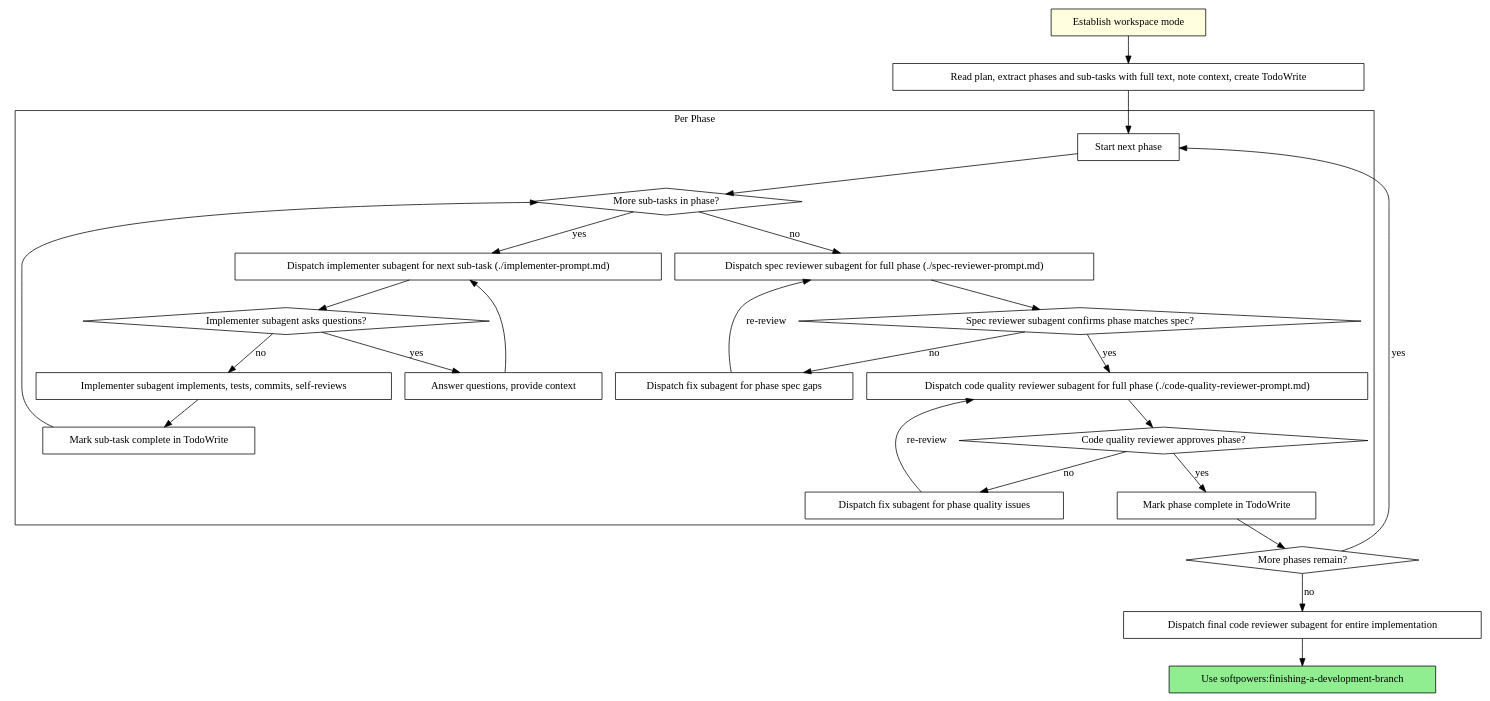
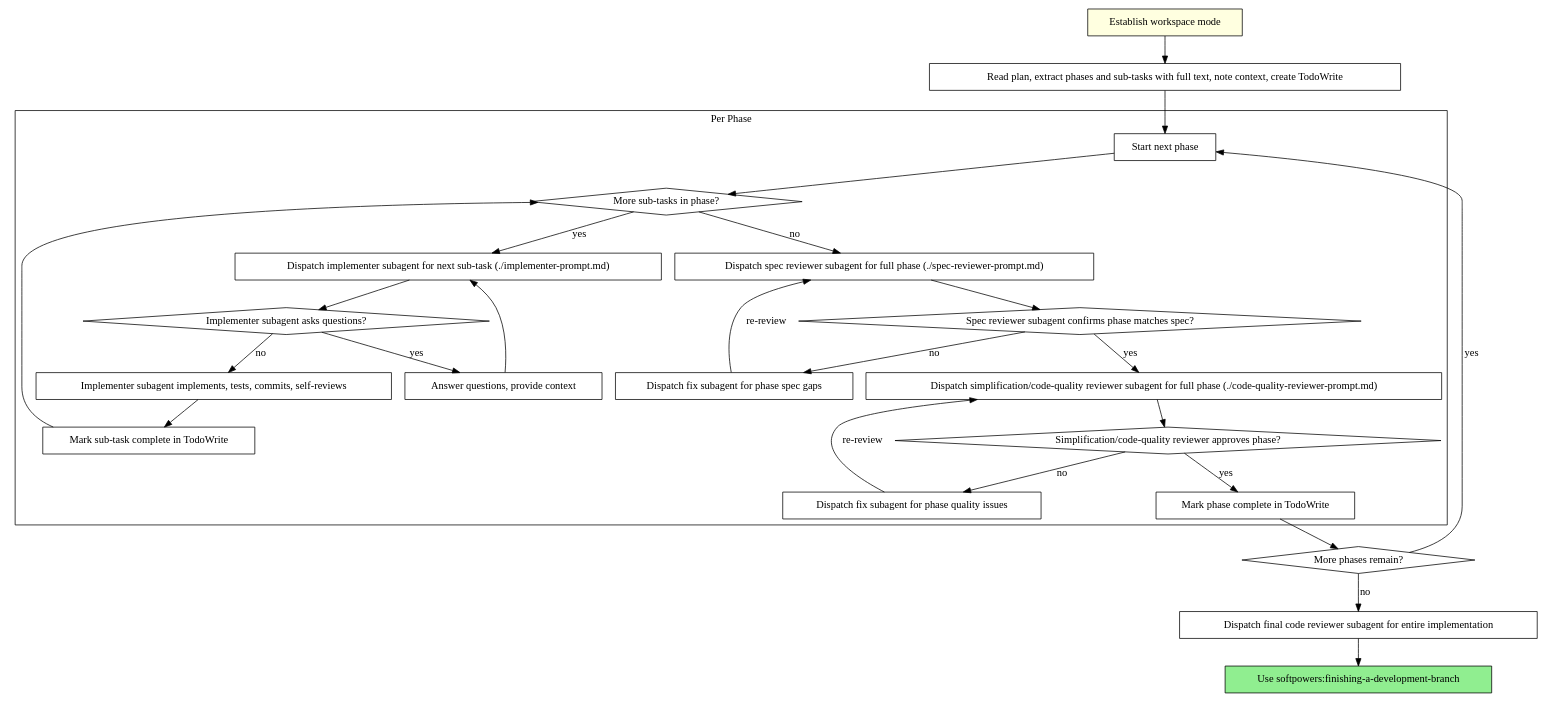
One commit to bnema/softpowers changed the second of 2 diagrams in skills/subagent-driven-development/SKILL.md. Above: the diagram before and after it, drawn with Graphviz. The commit also changed other lines of this file and 6 other files, not shown here.

Commit message:
Integrate simplification review into workflow gates

````diff
--- a/skills/subagent-driven-development/SKILL.md
+++ b/skills/subagent-driven-development/SKILL.md
@@ -45,53 +45,53 @@
 ```dot
 digraph process {
     rankdir=TB;
 
     subgraph cluster_phase {
         label="Per Phase";
         "Start next phase" [shape=box];
         "More sub-tasks in phase?" [shape=diamond];
         "Dispatch implementer subagent for next sub-task (./implementer-prompt.md)" [shape=box];
         "Implementer subagent asks questions?" [shape=diamond];
         "Answer questions, provide context" [shape=box];
         "Implementer subagent implements, tests, commits, self-reviews" [shape=box];
         "Mark sub-task complete in TodoWrite" [shape=box];
         "Dispatch spec reviewer subagent for full phase (./spec-reviewer-prompt.md)" [shape=box];
         "Spec reviewer subagent confirms phase matches spec?" [shape=diamond];
         "Dispatch fix subagent for phase spec gaps" [shape=box];
-        "Dispatch code quality reviewer subagent for full phase (./code-quality-reviewer-prompt.md)" [shape=box];
-        "Code quality reviewer approves phase?" [shape=diamond];
+        "Dispatch simplification/code-quality reviewer subagent for full phase (./code-quality-reviewer-prompt.md)" [shape=box];
+        "Simplification/code-quality reviewer approves phase?" [shape=diamond];
         "Dispatch fix subagent for phase quality issues" [shape=box];
         "Mark phase complete in TodoWrite" [shape=box];
     }
 
     "Establish workspace mode" [shape=box style=filled fillcolor=lightyellow];
     "Read plan, extract phases and sub-tasks with full text, note context, create TodoWrite" [shape=box];
     "More phases remain?" [shape=diamond];
     "Dispatch final code reviewer subagent for entire implementation" [shape=box];
     "Use softpowers:finishing-a-development-branch" [shape=box style=filled fillcolor=lightgreen];
 
     "Establish workspace mode" -> "Read plan, extract phases and sub-tasks with full text, note context, create TodoWrite";
     "Read plan, extract phases and sub-tasks with full text, note context, create TodoWrite" -> "Start next phase";
     "Start next phase" -> "More sub-tasks in phase?";
     "More sub-tasks in phase?" -> "Dispatch implementer subagent for next sub-task (./implementer-prompt.md)" [label="yes"];
     "Dispatch implementer subagent for next sub-task (./implementer-prompt.md)" -> "Implementer subagent asks questions?";
     "Implementer subagent asks questions?" -> "Answer questions, provide context" [label="yes"];
     "Answer questions, provide context" -> "Dispatch implementer subagent for next sub-task (./implementer-prompt.md)";
     "Implementer subagent asks questions?" -> "Implementer subagent implements, tests, commits, self-reviews" [label="no"];
     "Implementer subagent implements, tests, commits, self-reviews" -> "Mark sub-task complete in TodoWrite";
     "Mark sub-task complete in TodoWrite" -> "More sub-tasks in phase?";
     "More sub-tasks in phase?" -> "Dispatch spec reviewer subagent for full phase (./spec-reviewer-prompt.md)" [label="no"];
     "Dispatch spec reviewer subagent for full phase (./spec-reviewer-prompt.md)" -> "Spec reviewer subagent confirms phase matches spec?";
     "Spec reviewer subagent confirms phase matches spec?" -> "Dispatch fix subagent for phase spec gaps" [label="no"];
     "Dispatch fix subagent for phase spec gaps" -> "Dispatch spec reviewer subagent for full phase (./spec-reviewer-prompt.md)" [label="re-review"];
-    "Spec reviewer subagent confirms phase matches spec?" -> "Dispatch code quality reviewer subagent for full phase (./code-quality-reviewer-prompt.md)" [label="yes"];
-    "Dispatch code quality reviewer subagent for full phase (./code-quality-reviewer-prompt.md)" -> "Code quality reviewer approves phase?";
-    "Code quality reviewer approves phase?" -> "Dispatch fix subagent for phase quality issues" [label="no"];
-    "Dispatch fix subagent for phase quality issues" -> "Dispatch code quality reviewer subagent for full phase (./code-quality-reviewer-prompt.md)" [label="re-review"];
-    "Code quality reviewer approves phase?" -> "Mark phase complete in TodoWrite" [label="yes"];
+    "Spec reviewer subagent confirms phase matches spec?" -> "Dispatch simplification/code-quality reviewer subagent for full phase (./code-quality-reviewer-prompt.md)" [label="yes"];
+    "Dispatch simplification/code-quality reviewer subagent for full phase (./code-quality-reviewer-prompt.md)" -> "Simplification/code-quality reviewer approves phase?";
+    "Simplification/code-quality reviewer approves phase?" -> "Dispatch fix subagent for phase quality issues" [label="no"];
+    "Dispatch fix subagent for phase quality issues" -> "Dispatch simplification/code-quality reviewer subagent for full phase (./code-quality-reviewer-prompt.md)" [label="re-review"];
+    "Simplification/code-quality reviewer approves phase?" -> "Mark phase complete in TodoWrite" [label="yes"];
     "Mark phase complete in TodoWrite" -> "More phases remain?";
     "More phases remain?" -> "Start next phase" [label="yes"];
     "More phases remain?" -> "Dispatch final code reviewer subagent for entire implementation" [label="no"];
     "Dispatch final code reviewer subagent for entire implementation" -> "Use softpowers:finishing-a-development-branch";
 }
 ```
````
